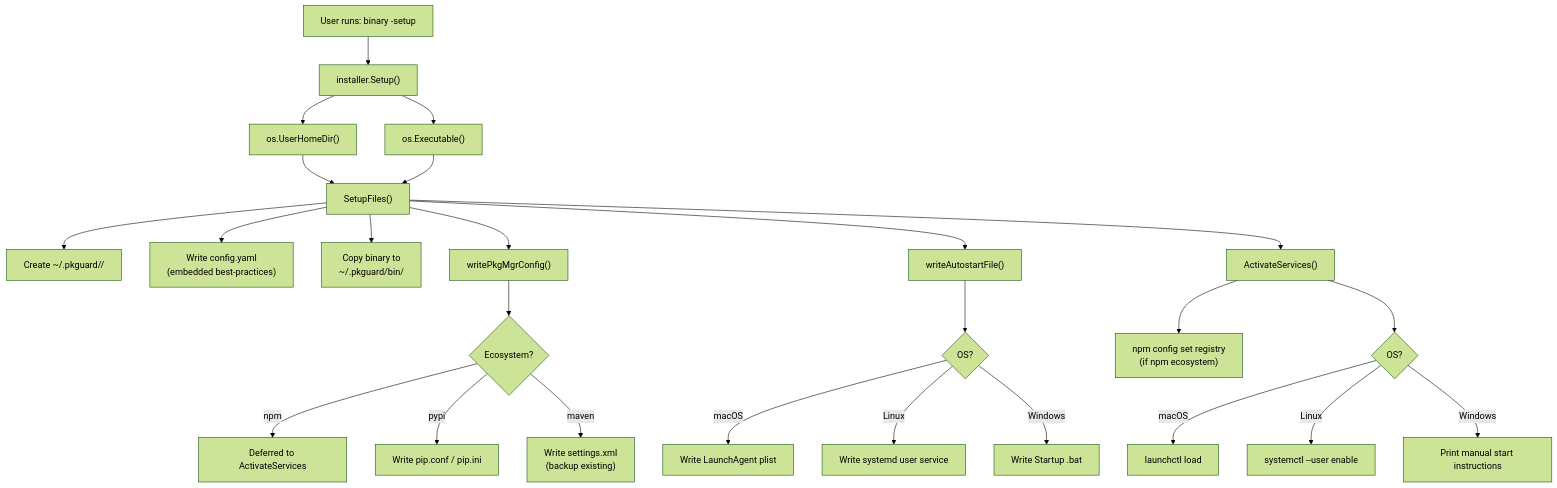
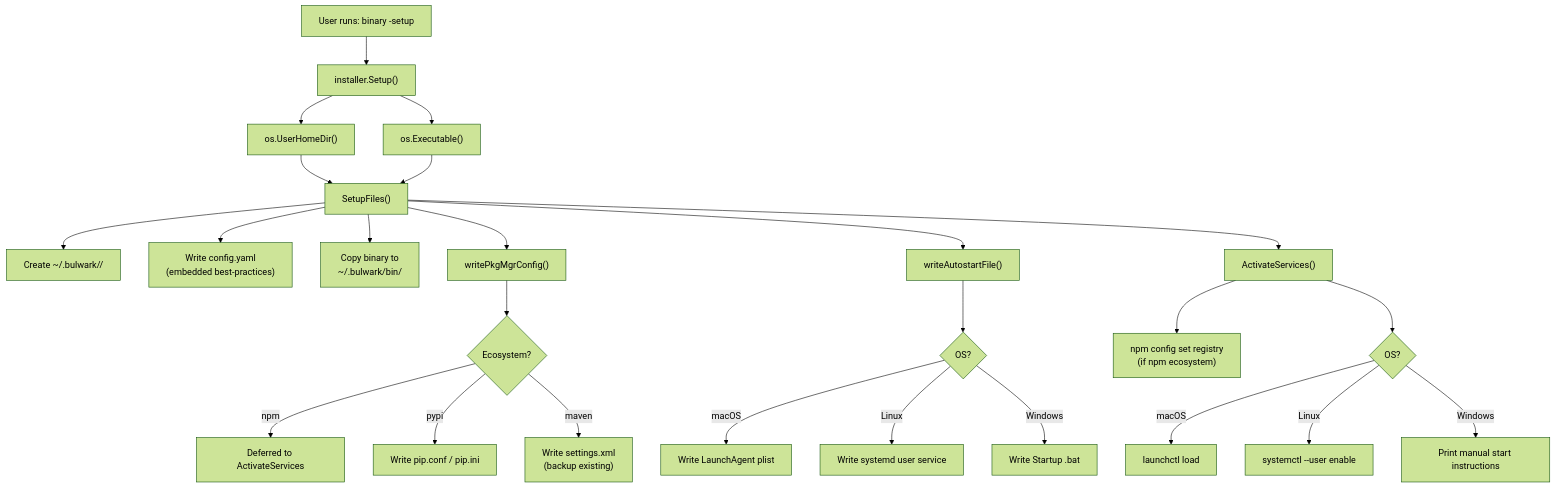
Diagram 20 of 20 in docs/ARCHITECTURE.md (Bluewaves54/Bulwark), drawn with Mermaid (forest theme) before and after one commit. The commit also changed other lines of this file and 165 other files, not shown here.

First line of the commit message:
Rename project from PKGuard to Bulwark

````diff
--- a/docs/ARCHITECTURE.md
+++ b/docs/ARCHITECTURE.md
@@ -792,27 +815,27 @@
 ```mermaid
 flowchart TD
     A["User runs: binary -setup"] --> B["installer.Setup()"]
     B --> C["os.UserHomeDir()"]
     B --> D["os.Executable()"]
     C --> E["SetupFiles()"]
     D --> E
-    E --> F["Create ~/.pkguard/<ecosystem>/"]
+    E --> F["Create ~/.bulwark/<ecosystem>/"]
     E --> G["Write config.yaml\n(embedded best-practices)"]
-    E --> H["Copy binary to\n~/.pkguard/bin/"]
+    E --> H["Copy binary to\n~/.bulwark/bin/"]
     E --> I["writePkgMgrConfig()"]
     E --> J["writeAutostartFile()"]
     I --> K{"Ecosystem?"}
     K -->|npm| L["Deferred to ActivateServices"]
     K -->|pypi| M["Write pip.conf / pip.ini"]
     K -->|maven| N["Write settings.xml\n(backup existing)"]
     J --> O{"OS?"}
     O -->|macOS| P["Write LaunchAgent plist"]
     O -->|Linux| Q["Write systemd user service"]
     O -->|Windows| R["Write Startup .bat"]
     E --> S["ActivateServices()"]
     S --> T["npm config set registry\n(if npm ecosystem)"]
     S --> U{"OS?"}
     U -->|macOS| V["launchctl load"]
     U -->|Linux| W["systemctl --user enable"]
     U -->|Windows| X["Print manual start instructions"]
 ```
````
